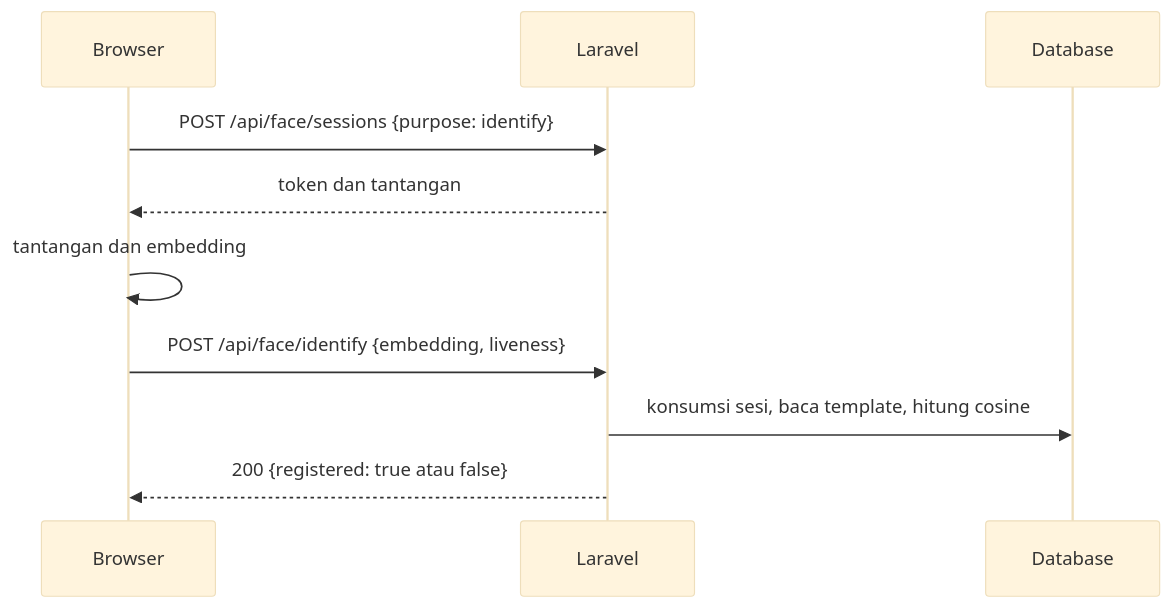
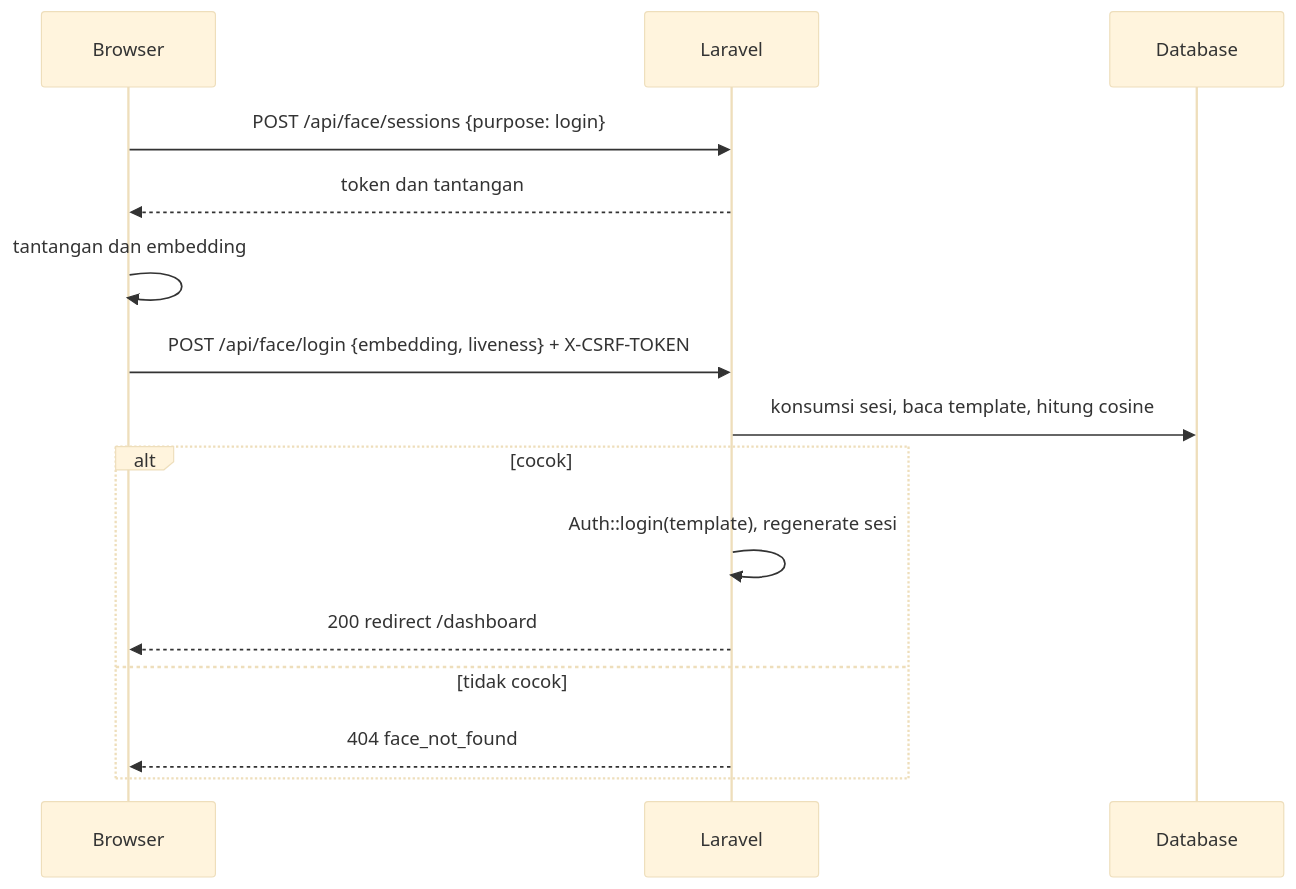
The third of 3 diagrams in docs/ARCHITECTURE.md (DitaPutraPratama/laravel_pengenalan_wajah), drawn with Mermaid (base theme) before and after one commit. The commit also changed other lines of this file and 55 other files, not shown here.

First line of the commit message:
feat(account): switch to face login, name, daily attendance, and account deletion

````diff
--- a/docs/ARCHITECTURE.md
+++ b/docs/ARCHITECTURE.md
@@ -123,12 +124,17 @@
 ```mermaid
 sequenceDiagram
     participant B as Browser
     participant S as Laravel
     participant D as Database
-    B->>S: POST /api/face/sessions {purpose: identify}
+    B->>S: POST /api/face/sessions {purpose: login}
     S-->>B: token dan tantangan
     B->>B: tantangan dan embedding
-    B->>S: POST /api/face/identify {embedding, liveness}
+    B->>S: POST /api/face/login {embedding, liveness} + X-CSRF-TOKEN
     S->>D: konsumsi sesi, baca template, hitung cosine
-    S-->>B: 200 {registered: true atau false}
+    alt cocok
+        S->>S: Auth::login(template), regenerate sesi
+        S-->>B: 200 redirect /dashboard
+    else tidak cocok
+        S-->>B: 404 face_not_found
+    end
 ```
````
